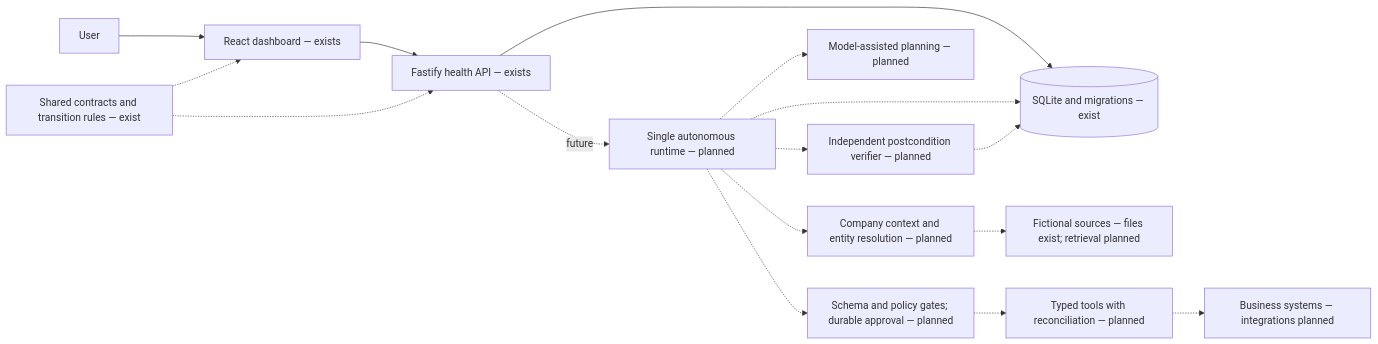
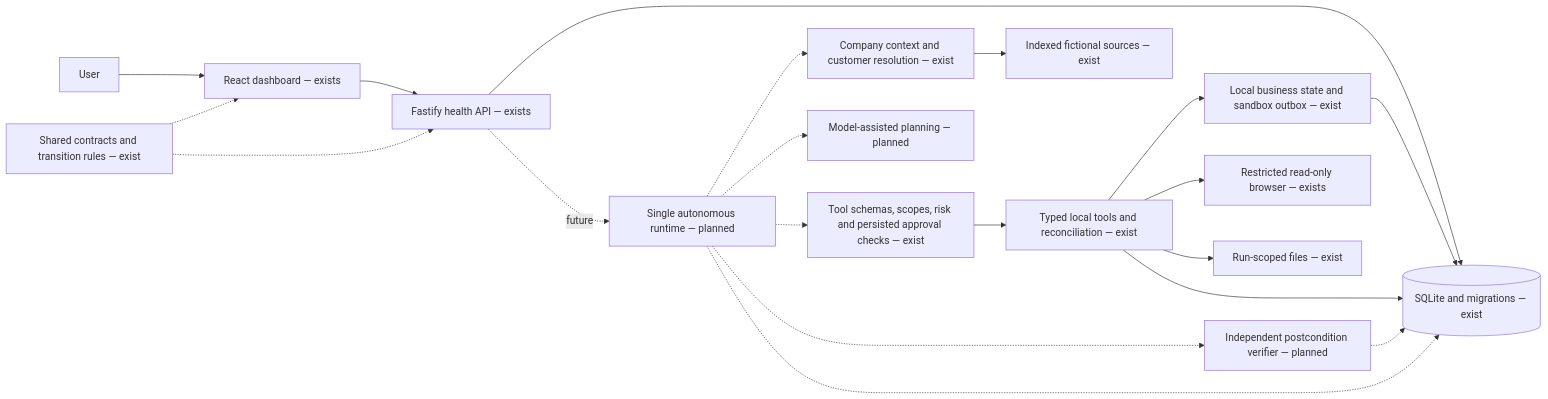
Before and after one commit to ad8ya089/centralign-operator: the diagram in docs/architecture.md, drawn with Mermaid. The commit also changed other lines of this file and 4 other files, not shown here.

Commit message:
docs: document architecture and Phase 1 setup

````diff
--- a/docs/architecture.md
+++ b/docs/architecture.md
@@ -9,18 +9,22 @@
 ```mermaid
 flowchart LR
   User[User] --> Web[React dashboard — exists]
   Web --> API[Fastify health API — exists]
   API --> DB[(SQLite and migrations — exist)]
   Shared[Shared contracts and transition rules — exist] -.-> Web
   Shared -.-> API
   API -. future .-> Runtime[Single autonomous runtime — planned]
-  Runtime -.-> Context[Company context and entity resolution — planned]
-  Context -.-> Sources[Fictional sources — files exist; retrieval planned]
+  Runtime -.-> Context[Company context and customer resolution — exist]
+  Context --> Sources[Indexed fictional sources — exist]
   Runtime -.-> Planner[Model-assisted planning — planned]
-  Runtime -.-> Controls[Schema and policy gates; durable approval — planned]
-  Controls -.-> Tools[Typed tools with reconciliation — planned]
-  Tools -.-> External[Business systems — integrations planned]
+  Runtime -.-> Controls[Tool schemas, scopes, risk and persisted approval checks — exist]
+  Controls --> Tools[Typed local tools and reconciliation — exist]
+  Tools --> Business[Local business state and sandbox outbox — exist]
+  Tools --> Browser[Restricted read-only browser — exists]
+  Tools --> Artifacts[Run-scoped files — exist]
+  Tools --> DB
+  Business --> DB
   Runtime -.-> Verifier[Independent postcondition verifier — planned]
   Runtime -.-> DB
   Verifier -.-> DB
 ```
````
